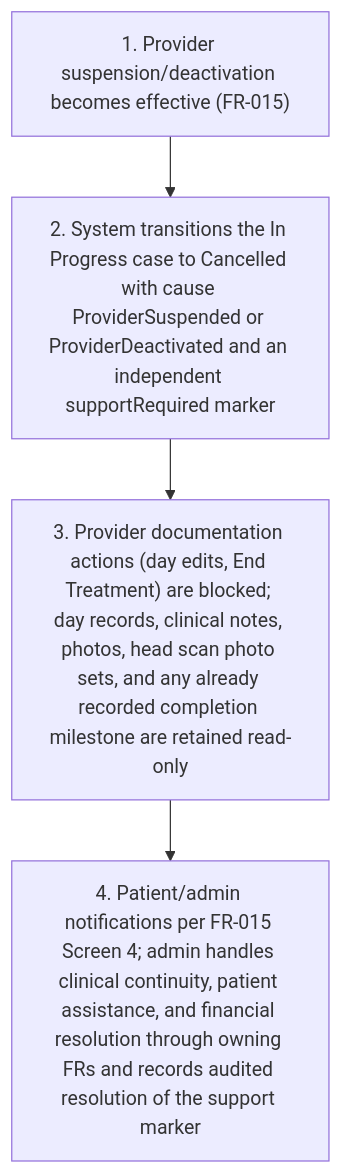
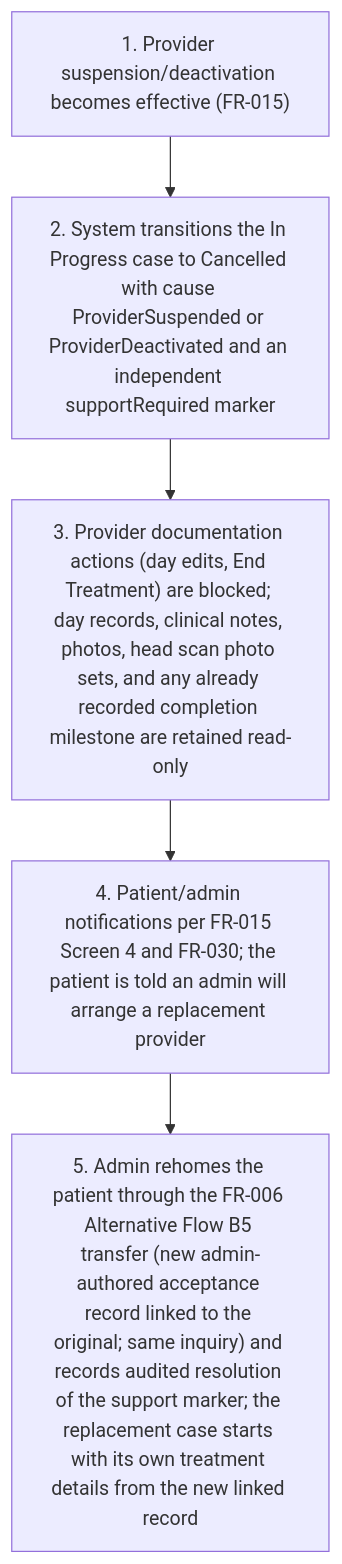
Before and after one commit to joachimtrungtuan/hairline-pm-docs: the eighth of 9 diagrams in project-requirements/functional-requirements/fr010-treatment-execution/prd.md, drawn with Mermaid. The commit also changed other lines of this file and 9 other files, not shown here.

````diff
--- a/project-requirements/functional-requirements/fr010-treatment-execution/prd.md
+++ b/project-requirements/functional-requirements/fr010-treatment-execution/prd.md
@@ -211,7 +227,8 @@
 ```mermaid
 flowchart TD
   B5S1["1. Provider suspension/deactivation becomes effective (FR-015)"] --> B5S2
   B5S2["2. System transitions the In Progress case to Cancelled with cause ProviderSuspended or ProviderDeactivated and an independent supportRequired marker"] --> B5S3
   B5S3["3. Provider documentation actions (day edits, End Treatment) are blocked; day records, clinical notes, photos, head scan photo sets, and any already recorded completion milestone are retained read-only"] --> B5S4
-  B5S4["4. Patient/admin notifications per FR-015 Screen 4; admin handles clinical continuity, patient assistance, and financial resolution through owning FRs and records audited resolution of the support marker"]
+  B5S4["4. Patient/admin notifications per FR-015 Screen 4 and FR-030; the patient is told an admin will arrange a replacement provider"] --> B5S5
+  B5S5["5. Admin rehomes the patient through the FR-006 Alternative Flow B5 transfer (new admin-authored acceptance record linked to the original; same inquiry) and records audited resolution of the support marker; the replacement case starts with its own treatment details from the new linked record"]
 ```
````
